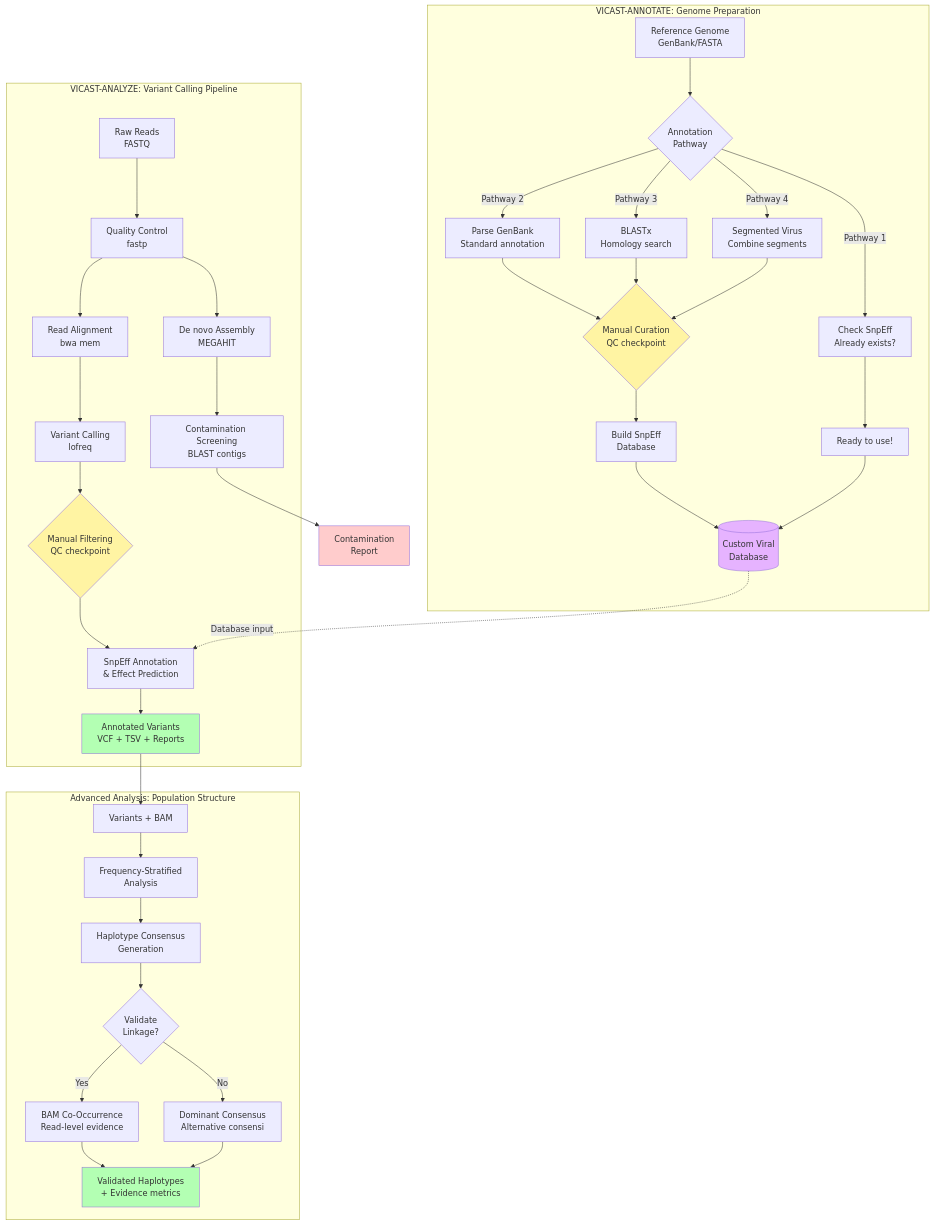
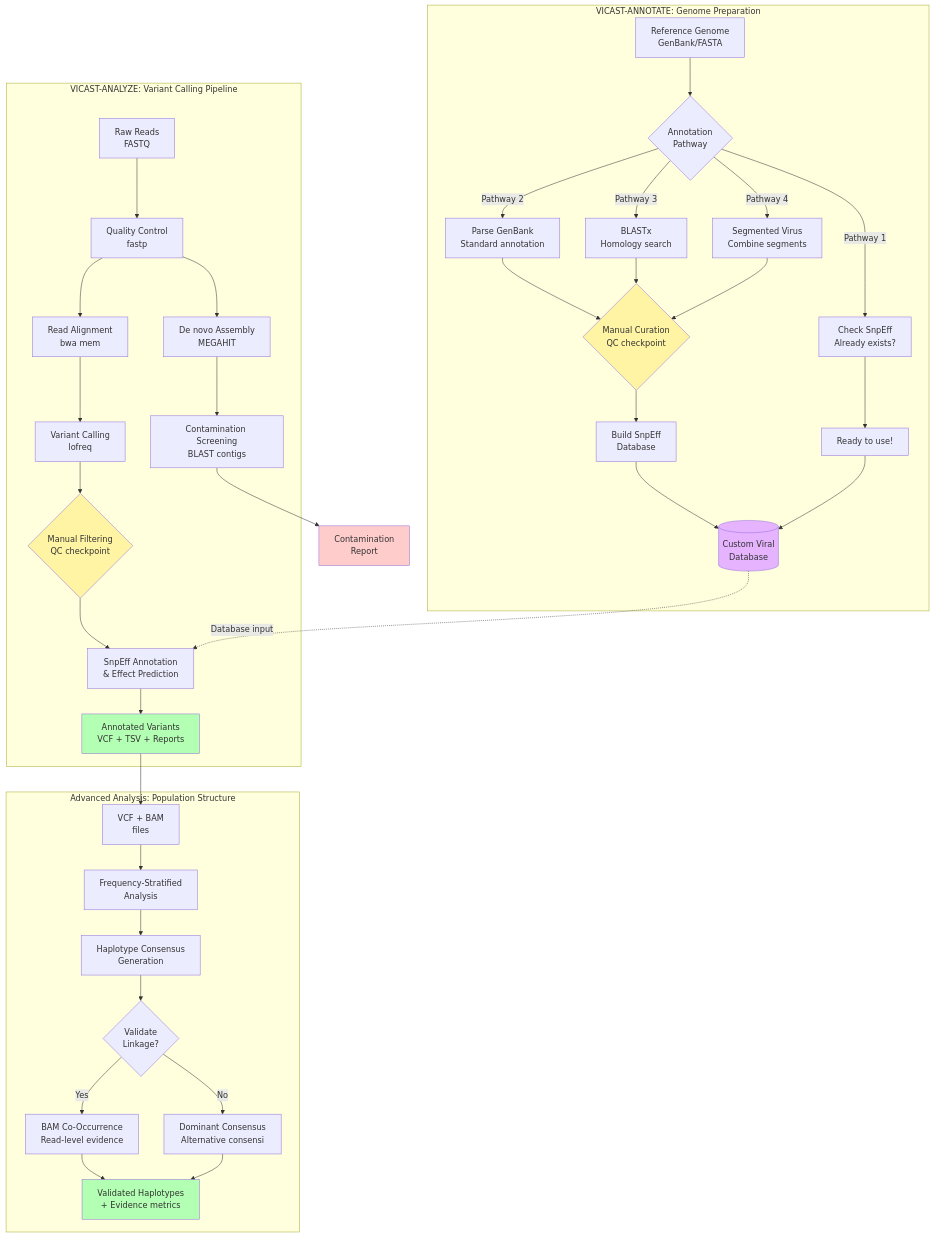
The diagram in docs/user_guides/README.md (mihinduk/VICAST), drawn with Mermaid before and after one commit.

Commit message:
Fix text overflow in Advanced Analysis box
Changed 'Variants + BAM' to 'VCF + BAM<br/>files' with line break
to prevent text overflow in Mermaid diagram rendering.

````diff
--- a/docs/user_guides/README.md
+++ b/docs/user_guides/README.md
@@ -16,50 +16,50 @@
 ```mermaid
 flowchart TB
     subgraph "VICAST-ANNOTATE: Genome Preparation"
         A1[Reference Genome<br/>GenBank/FASTA] --> A2{Annotation<br/>Pathway}
         A2 -->|Pathway 1| A3[Check SnpEff<br/>Already exists?]
         A2 -->|Pathway 2| A4[Parse GenBank<br/>Standard annotation]
         A2 -->|Pathway 3| A5[BLASTx<br/>Homology search]
         A2 -->|Pathway 4| A6[Segmented Virus<br/>Combine segments]
 
         A3 --> A7[Ready to use!]
         A4 --> A8{Manual Curation<br/>QC checkpoint}
         A5 --> A8
         A6 --> A8
         A8 --> A9[Build SnpEff<br/>Database]
         A9 --> A10[(Custom Viral<br/>Database)]
         A7 --> A10
     end
 
     subgraph "VICAST-ANALYZE: Variant Calling Pipeline"
         B1[Raw Reads<br/>FASTQ] --> B2[Quality Control<br/>fastp]
         B2 --> B3[Read Alignment<br/>bwa mem]
         B2 --> B4[De novo Assembly<br/>MEGAHIT]
         B4 --> B5[Contamination Screening<br/>BLAST contigs]
         B3 --> B6[Variant Calling<br/>lofreq]
         B6 --> B7{Manual Filtering<br/>QC checkpoint}
         B7 --> B8[SnpEff Annotation<br/>& Effect Prediction]
         A10 -.Database input.-> B8
         B8 --> B9[Annotated Variants<br/>VCF + TSV + Reports]
     end
 
     subgraph "Advanced Analysis: Population Structure"
-        C1[Variants + BAM] --> C2[Frequency-Stratified<br/>Analysis]
+        C1[VCF + BAM<br/>files] --> C2[Frequency-Stratified<br/>Analysis]
         C2 --> C3[Haplotype Consensus<br/>Generation]
         C3 --> C4{Validate<br/>Linkage?}
         C4 -->|Yes| C5[BAM Co-Occurrence<br/>Read-level evidence]
         C4 -->|No| C6[Dominant Consensus<br/>Alternative consensi]
         C5 --> C7[Validated Haplotypes<br/>+ Evidence metrics]
         C6 --> C7
     end
 
     B9 --> C1
     B5 --> C8[Contamination<br/>Report]
 
     style A8 fill:#fff4a3
     style B7 fill:#fff4a3
     style A10 fill:#e6b3ff
     style C8 fill:#ffcccc
     style C7 fill:#b3ffb3
     style B9 fill:#b3ffb3
 ```
````
